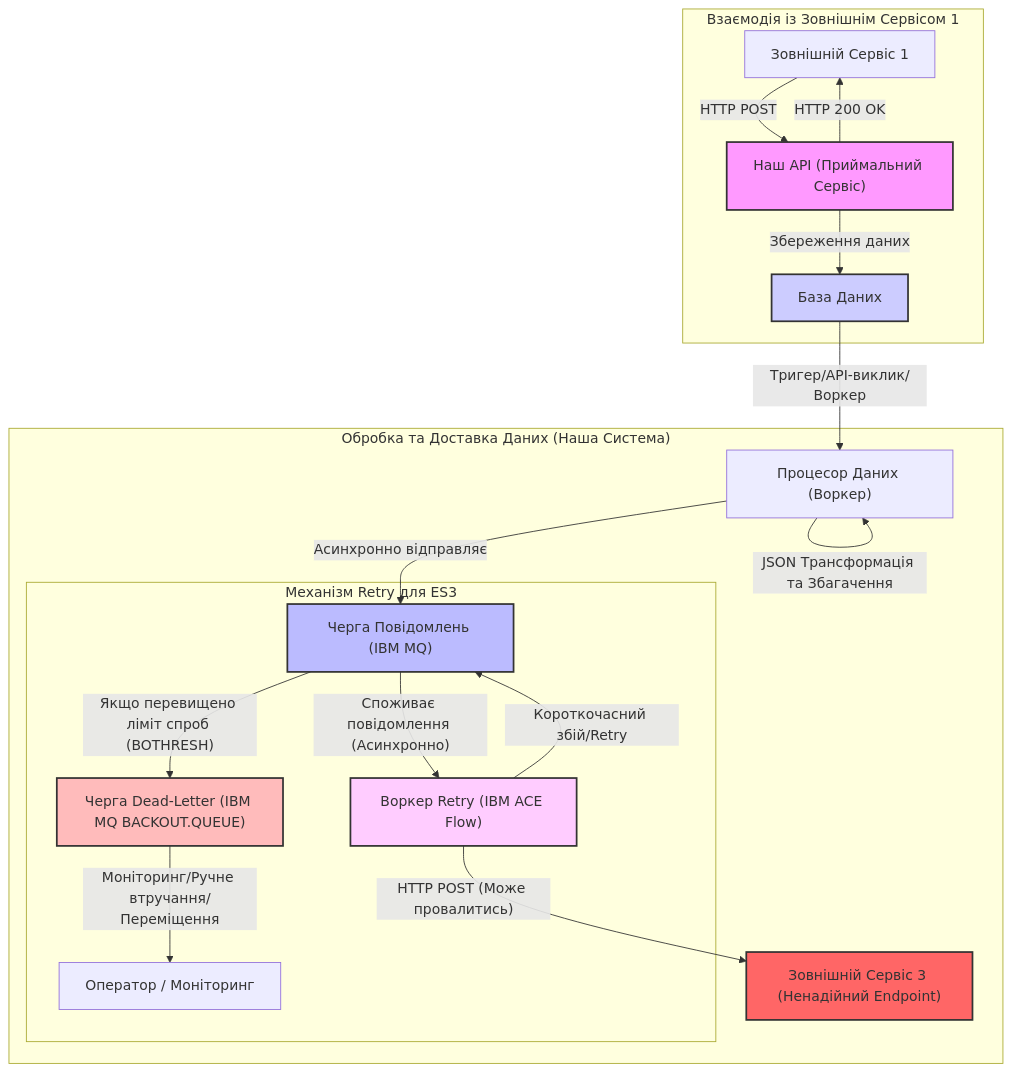
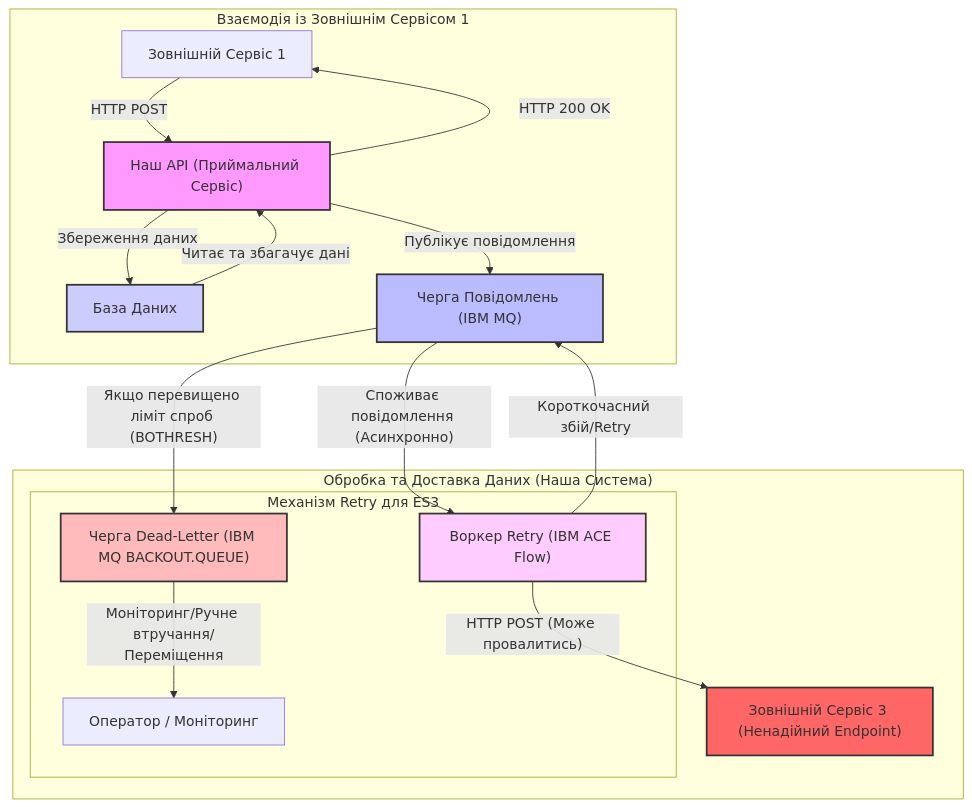
One commit to pavlo-shcherbukha/pavlo-shcherbukha.github.io changed the third of 4 diagrams in _posts/2025-06-26-queue-async-task.md. Above: the diagram before and after it, drawn with Mermaid. The commit also changed other lines of this file and 7 other files, not shown here.

````diff
--- a/_posts/2025-06-26-queue-async-task.md
+++ b/_posts/2025-06-26-queue-async-task.md
@@ -87,29 +121,28 @@
 ```mermaid
 graph TD
     subgraph "Взаємодія із Зовнішнім Сервісом 1"
         ES1["Зовнішній Сервіс 1"] -- "HTTP POST" --> MyAPI["Наш API (Приймальний Сервіс)"]
         MyAPI -- "Збереження даних" --> DB["База Даних"]
+        DB -- "Читає та збагачує дані" --> MyAPI
+        MyAPI -- "Публікує повідомлення" --> MessageQueue["Черга Повідомлень (IBM MQ)"]
         MyAPI -- "HTTP 200 OK" --> ES1
     end
 
     subgraph "Обробка та Доставка Даних (Наша Система)"
-        DB -- "Тригер/API-виклик/Воркер" --> DataProcessor["Процесор Даних (Воркер)"]
-        DataProcessor -- "JSON Трансформація та Збагачення" --> DataProcessor
-        DataProcessor -- "Асинхронно відправляє" --> MessageQueue["Черга Повідомлень (IBM MQ)"]
         MessageQueue -- "Споживає повідомлення (Асинхронно)" --> RetryWorker["Воркер Retry (IBM ACE Flow)"]
         RetryWorker -- "HTTP POST (Може провалитись)" --> ES3["Зовнішній Сервіс 3 (Ненадійний Endpoint)"]
 
         subgraph "Механізм Retry для ES3"
             RetryWorker -- "Короткочасний збій/Retry" --> MessageQueue
             MessageQueue -- "Якщо перевищено ліміт спроб (BOTHRESH)" --> DLQ["Черга Dead-Letter (IBM MQ BACKOUT.QUEUE)"]
             DLQ -- "Моніторинг/Ручне втручання/Переміщення" --> Human["Оператор / Моніторинг"]
         end
     end
 
     style MyAPI fill:#f9f,stroke:#333,stroke-width:2px
     style DB fill:#ccf,stroke:#333,stroke-width:2px
     style MessageQueue fill:#bbf,stroke:#333,stroke-width:2px
     style RetryWorker fill:#fcf,stroke:#333,stroke-width:2px
     style ES3 fill:#f66,stroke:#333,stroke-width:2px
     style DLQ fill:#fbb,stroke:#333,stroke-width:2px
 ```
````
